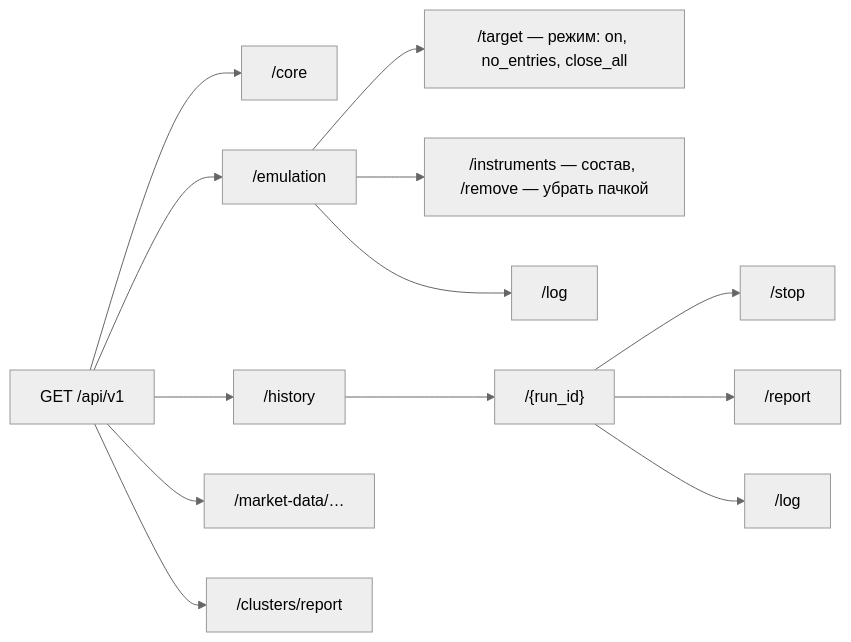
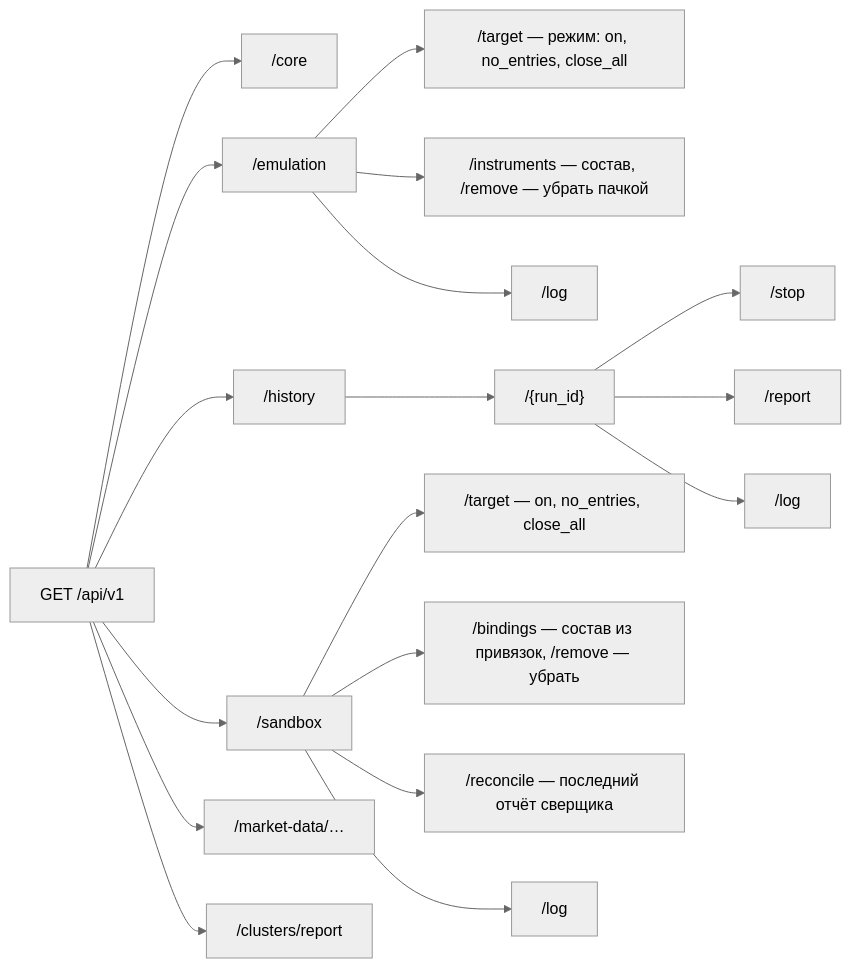
One commit to vladilenao/My_roBot changed the diagram in docs/api/README.md. Above: the diagram before and after it, drawn with Mermaid (neutral theme). The commit also changed other lines of this file and 37 other files, not shown here.

````diff
--- a/docs/api/README.md
+++ b/docs/api/README.md
@@ -25,14 +25,19 @@
 ```mermaid
 flowchart LR
     home["GET /api/v1"] --> core["/core"]
     home --> emu["/emulation"]
     home --> hist["/history"]
+    home --> sbx["/sandbox"]
     home --> md["/market-data/…"]
     home --> cl["/clusters/report"]
     emu --> target["/target — режим: on, no_entries, close_all"]
     emu --> members["/instruments — состав, /remove — убрать пачкой"]
     emu --> elog["/log"]
     hist --> run["/{run_id}"] --> stop["/stop"]
     run --> report["/report"]
     run --> rlog["/log"]
+    sbx --> starget["/target — on, no_entries, close_all"]
+    sbx --> bindings["/bindings — состав из привязок, /remove — убрать"]
+    sbx --> rec["/reconcile — последний отчёт сверщика"]
+    sbx --> slog["/log"]
 ```
````
